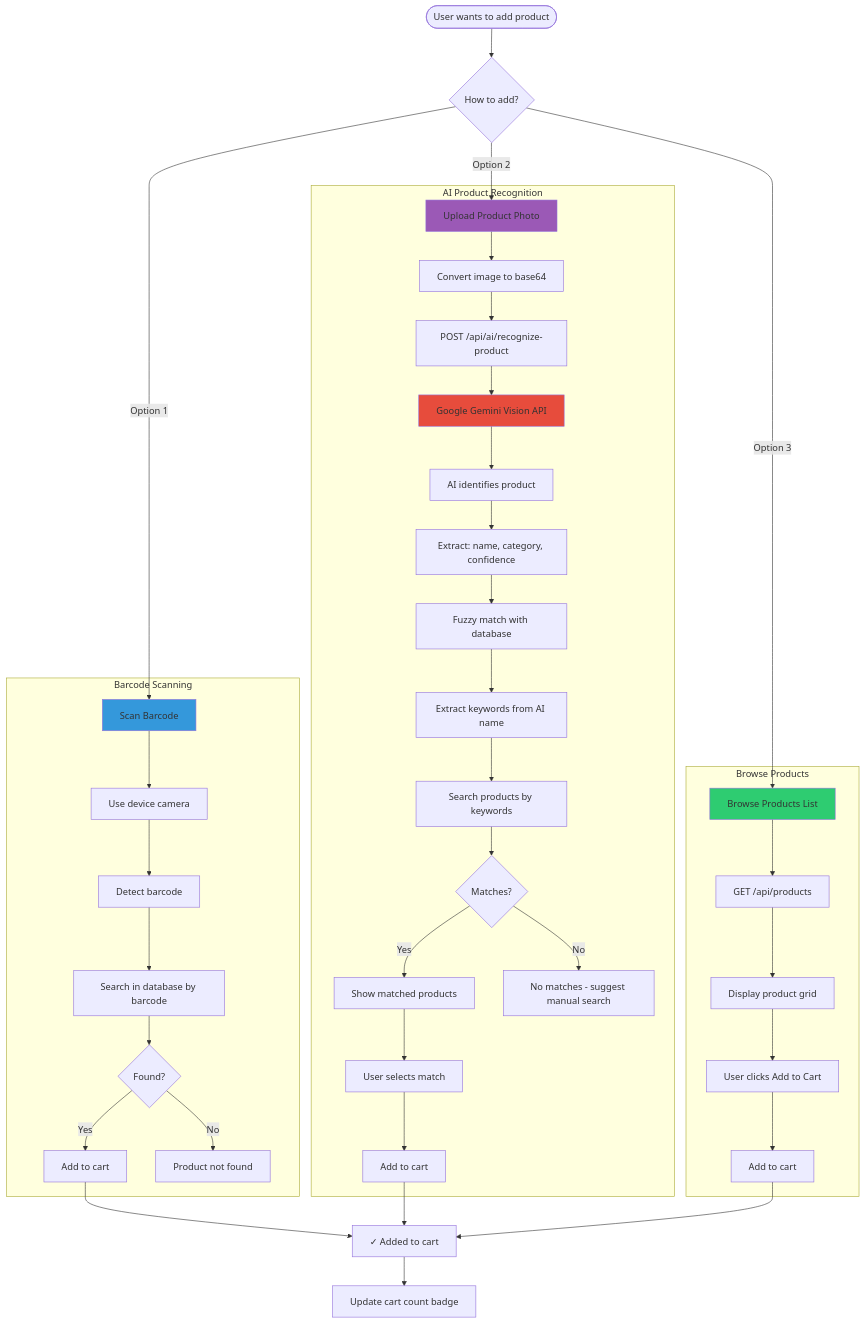
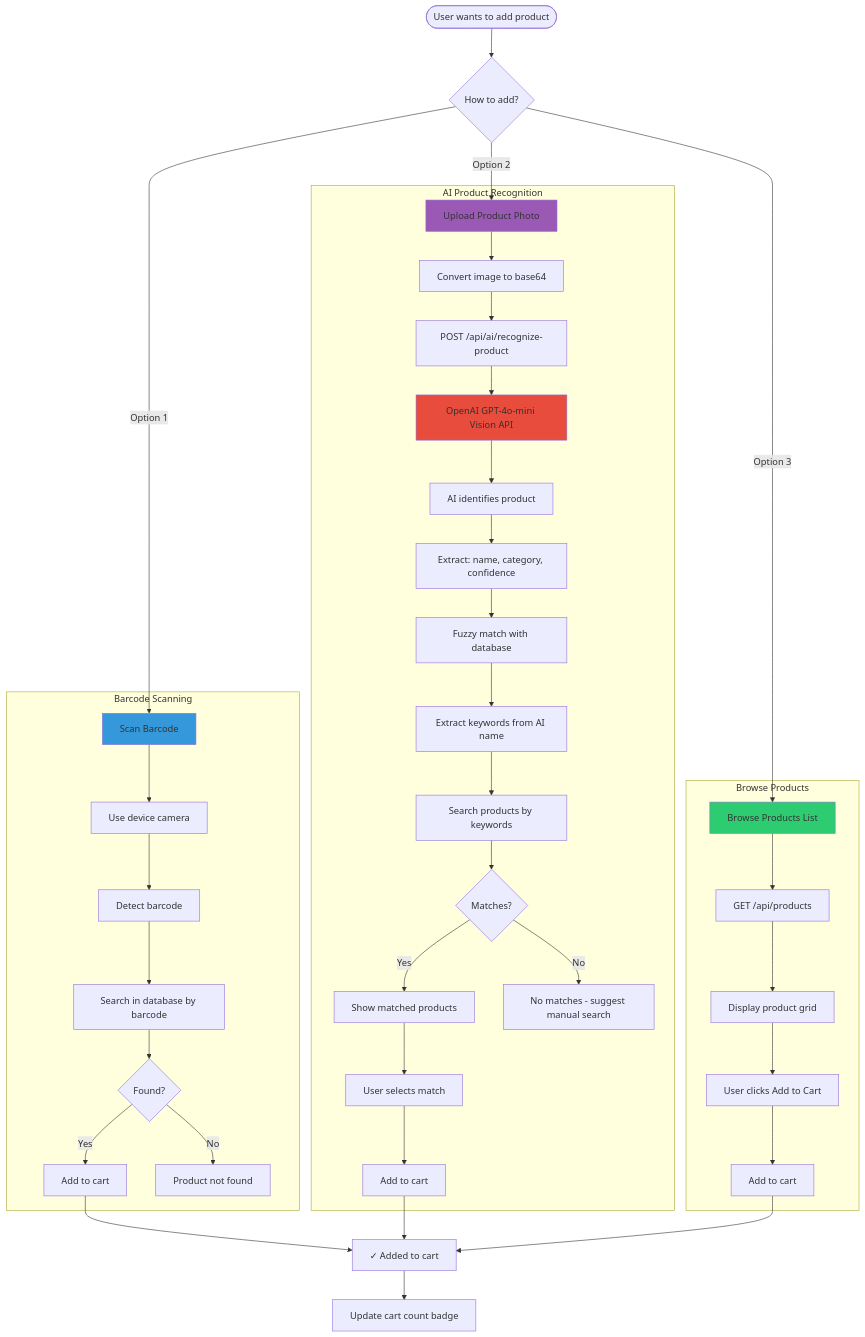
Before and after one commit to DeepthiIppala/SmartScan-Pro: the fifth of 10 diagrams in ARCHITECTURE.md, drawn with Mermaid. The commit also changed other lines of this file and 8 other files, not shown here.

````diff
--- a/ARCHITECTURE.md
+++ b/ARCHITECTURE.md
@@ -361,50 +361,50 @@
 ```mermaid
 flowchart TD
     Start([User wants to add product]) --> Choice{How to add?}
 
     Choice -->|Option 1| Barcode[Scan Barcode]
     Choice -->|Option 2| AIUpload[Upload Product Photo]
     Choice -->|Option 3| Browse[Browse Products List]
 
     subgraph "Barcode Scanning"
         Barcode --> ScanDevice[Use device camera]
         ScanDevice --> DetectCode[Detect barcode]
         DetectCode --> SearchDB1[Search in database by barcode]
         SearchDB1 --> Found1{Found?}
         Found1 -->|Yes| AddCart1[Add to cart]
         Found1 -->|No| Error1[Product not found]
     end
 
     subgraph "AI Product Recognition"
         AIUpload --> Encode[Convert image to base64]
         Encode --> SendAI[POST /api/ai/recognize-product]
-        SendAI --> GeminiVision[Google Gemini Vision API]
-        GeminiVision --> Identify[AI identifies product]
+        SendAI --> OpenAIVision[OpenAI GPT-4o-mini Vision API]
+        OpenAIVision --> Identify[AI identifies product]
         Identify --> Extract[Extract: name, category, confidence]
         Extract --> FuzzyMatch[Fuzzy match with database]
         FuzzyMatch --> Keywords[Extract keywords from AI name]
         Keywords --> SearchDB2[Search products by keywords]
         SearchDB2 --> Found2{Matches?}
         Found2 -->|Yes| ShowMatches[Show matched products]
         Found2 -->|No| NotFound[No matches - suggest manual search]
         ShowMatches --> SelectMatch[User selects match]
         SelectMatch --> AddCart2[Add to cart]
     end
 
     subgraph "Browse Products"
         Browse --> LoadAll[GET /api/products]
         LoadAll --> DisplayGrid[Display product grid]
         DisplayGrid --> UserClick[User clicks Add to Cart]
         UserClick --> AddCart3[Add to cart]
     end
 
     AddCart1 --> Success[✓ Added to cart]
     AddCart2 --> Success
     AddCart3 --> Success
     Success --> UpdateCount[Update cart count badge]
 
     style Barcode fill:#3498db
     style AIUpload fill:#9b59b6
     style Browse fill:#2ecc71
-    style GeminiVision fill:#e74c3c
+    style OpenAIVision fill:#e74c3c
 ```
````
